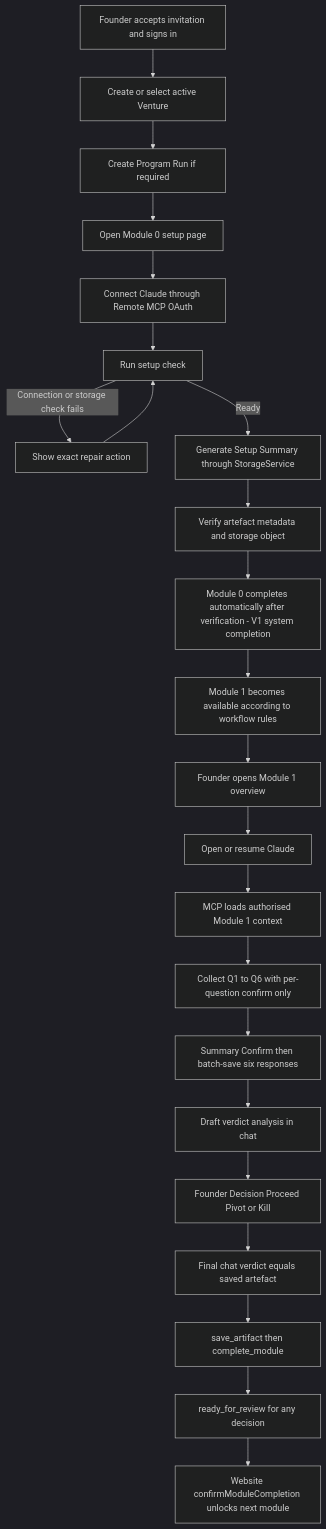
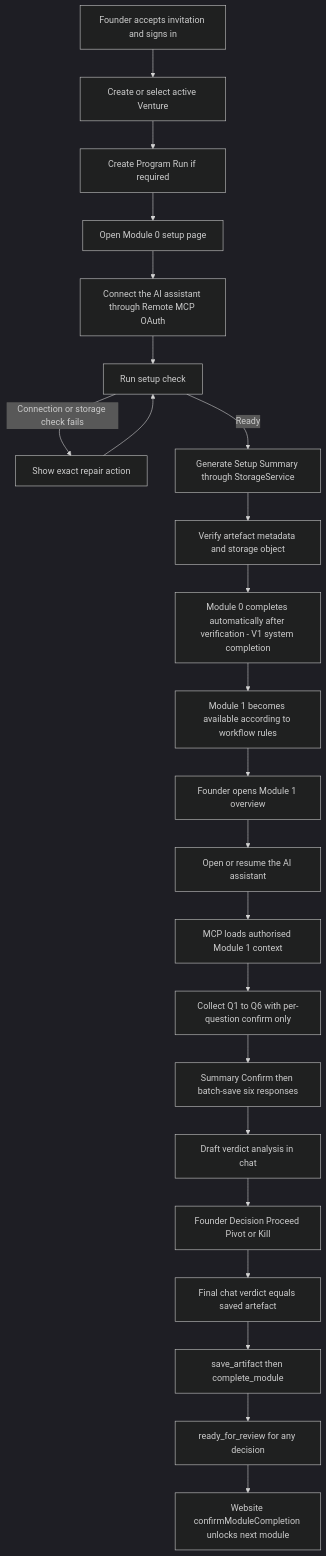
Before and after one commit to kasuganoharuga/ai-catalyst-workspace: the first of 3 diagrams in docs/product/module-0-and-module-1-workflow.md, drawn with Mermaid (dark theme). The commit also changed other lines of this file and 10 other files, not shown here.

````diff
--- a/docs/product/module-0-and-module-1-workflow.md
+++ b/docs/product/module-0-and-module-1-workflow.md
@@ -133,25 +140,25 @@
 ```mermaid
 flowchart TD
     A[Founder accepts invitation and signs in] --> B[Create or select active Venture]
     B --> C[Create Program Run if required]
     C --> D[Open Module 0 setup page]
-    D --> E[Connect Claude through Remote MCP OAuth]
+    D --> E[Connect the AI assistant through Remote MCP OAuth]
     E --> F[Run setup check]
     F -->|Connection or storage check fails| G[Show exact repair action]
     G --> F
     F -->|Ready| H[Generate Setup Summary through StorageService]
     H --> I[Verify artefact metadata and storage object]
     I --> J[Module 0 completes automatically after verification - V1 system completion]
     J --> K[Module 1 becomes available according to workflow rules]
     K --> L[Founder opens Module 1 overview]
-    L --> M[Open or resume Claude]
+    L --> M[Open or resume the AI assistant]
     M --> N[MCP loads authorised Module 1 context]
     N --> O[Collect Q1 to Q6 with per-question confirm only]
     O --> P[Summary Confirm then batch-save six responses]
     P --> Q[Draft verdict analysis in chat]
     Q --> R[Founder Decision Proceed Pivot or Kill]
     R --> S[Final chat verdict equals saved artefact]
     S --> T[save_artifact then complete_module]
     T --> U[ready_for_review for any decision]
     U --> V[Website confirmModuleCompletion unlocks next module]
 ```
````
